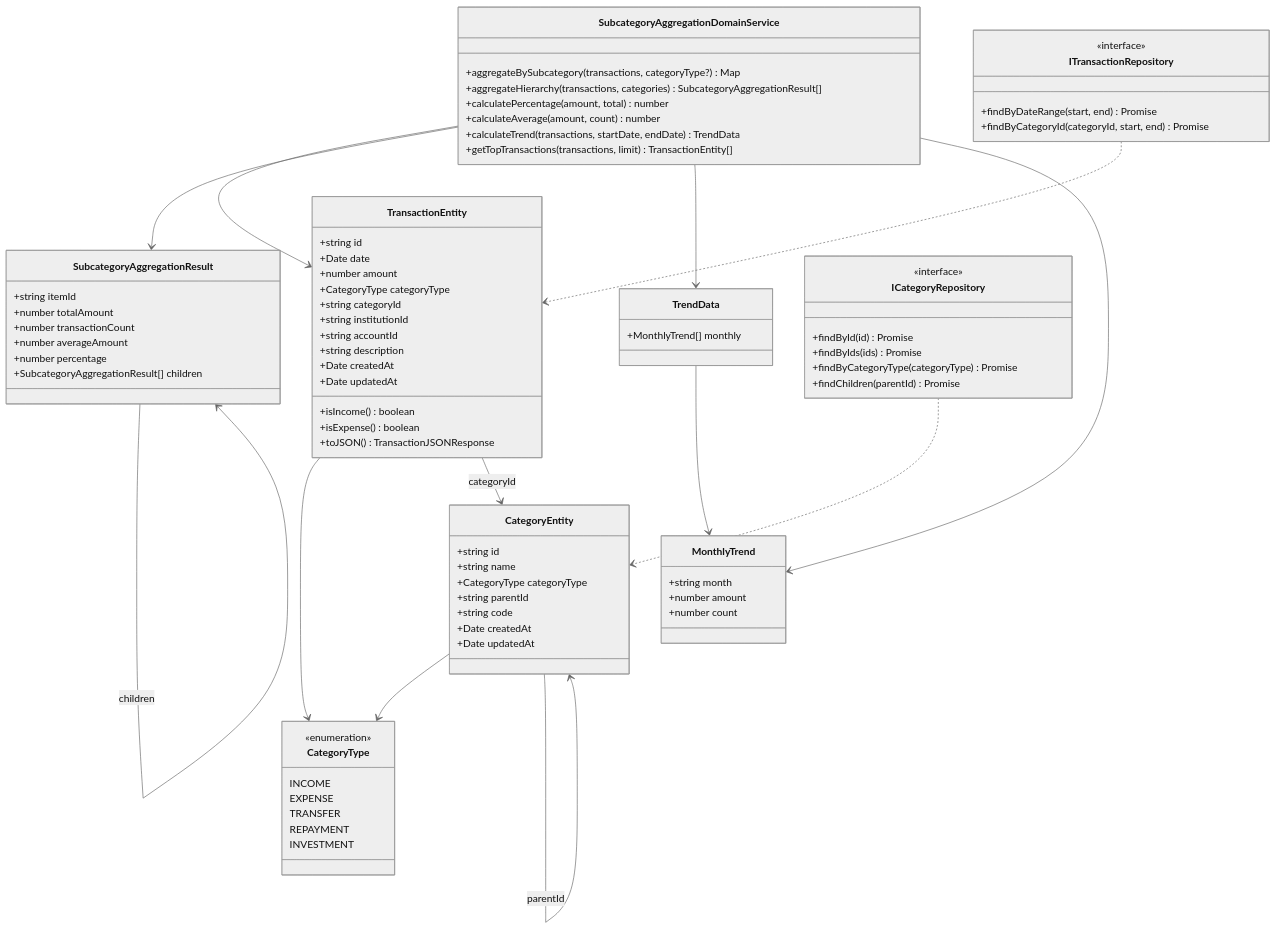
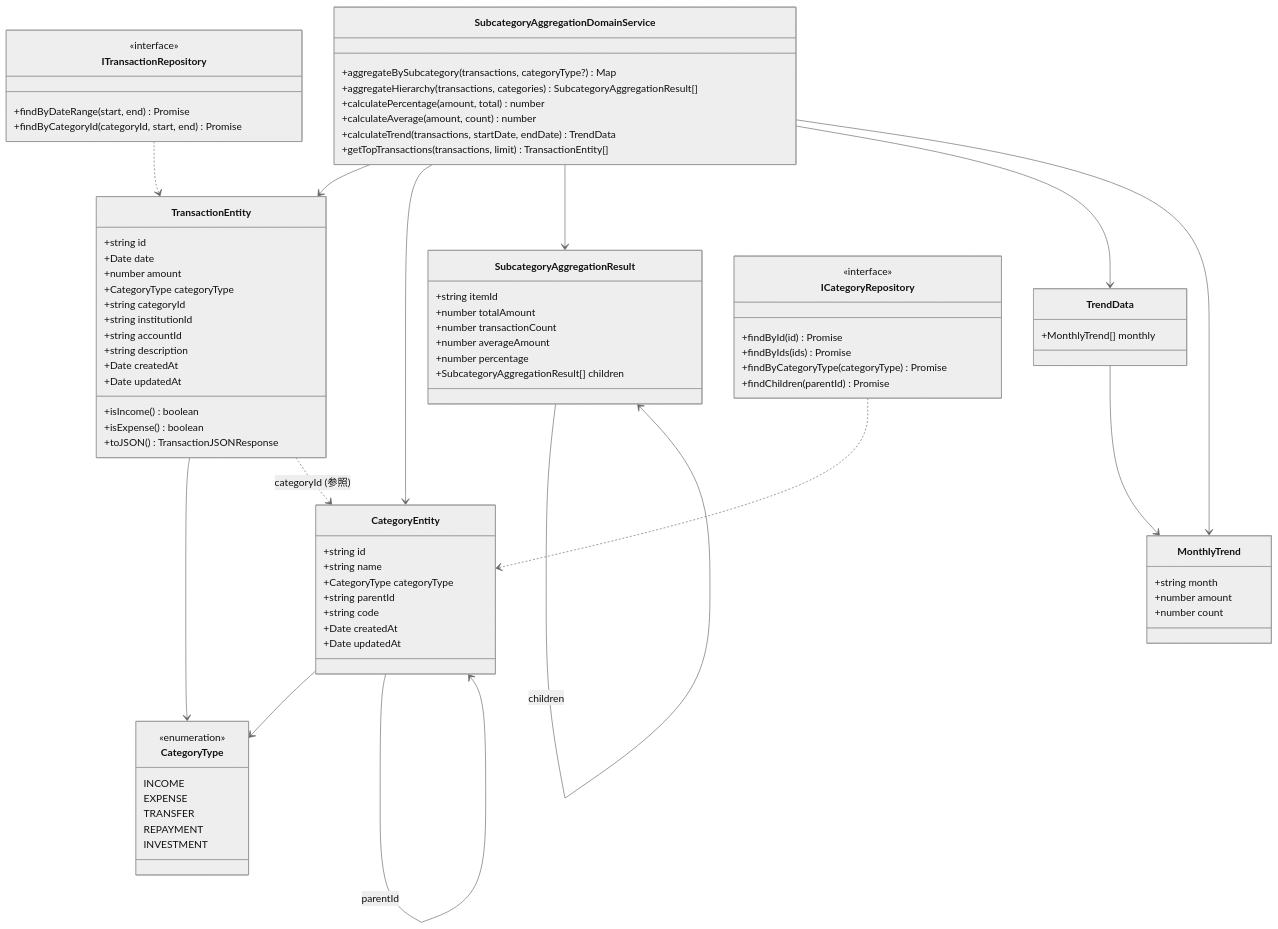
One commit to kencom2400/account-book changed the first of 4 diagrams in docs/detailed-design/FR-019_subcategory-aggregation/class-diagrams.md. Above: the diagram before and after it, drawn with Mermaid (neutral theme). The commit also changed other lines of this file, not shown here.

```diff
--- a/docs/detailed-design/FR-019_subcategory-aggregation/class-diagrams.md
+++ b/docs/detailed-design/FR-019_subcategory-aggregation/class-diagrams.md
@@ -95,10 +95,11 @@
     }
 
     TransactionEntity --> CategoryType
-    TransactionEntity --> CategoryEntity : categoryId
+    TransactionEntity ..> CategoryEntity : categoryId (参照)
     CategoryEntity --> CategoryType
     CategoryEntity --> CategoryEntity : parentId
     SubcategoryAggregationDomainService --> TransactionEntity
+    SubcategoryAggregationDomainService --> CategoryEntity
     SubcategoryAggregationDomainService --> SubcategoryAggregationResult
     SubcategoryAggregationDomainService --> TrendData
     SubcategoryAggregationDomainService --> MonthlyTrend
```
